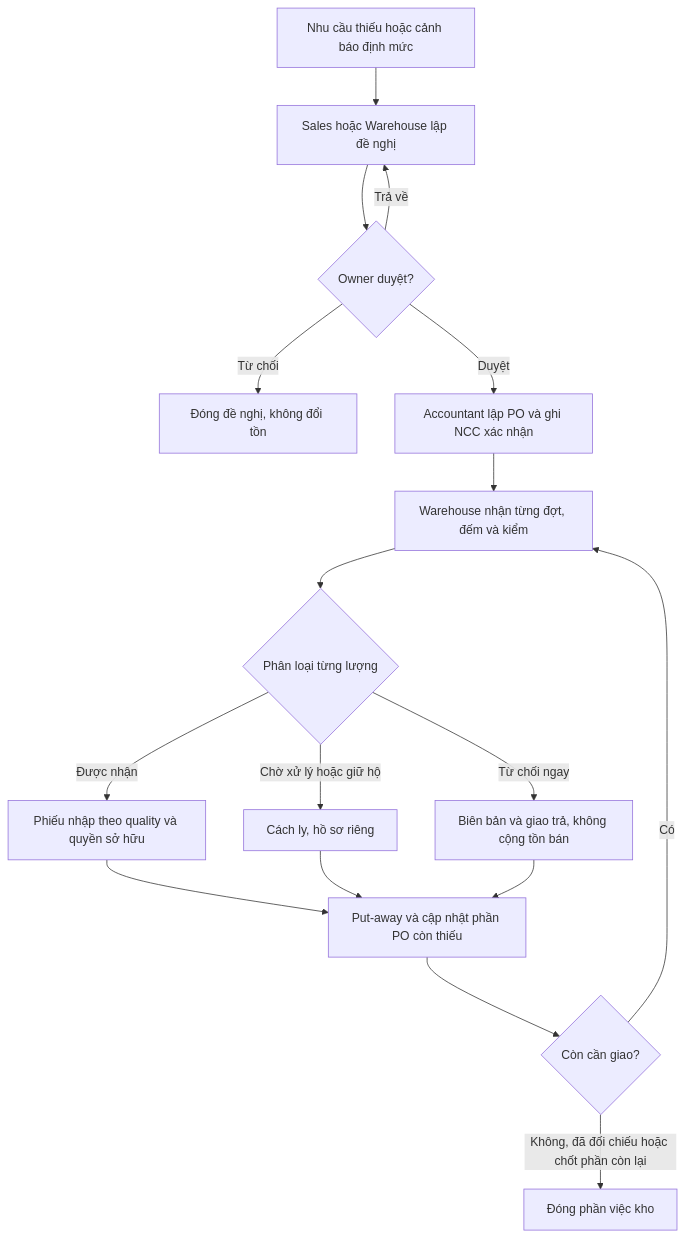
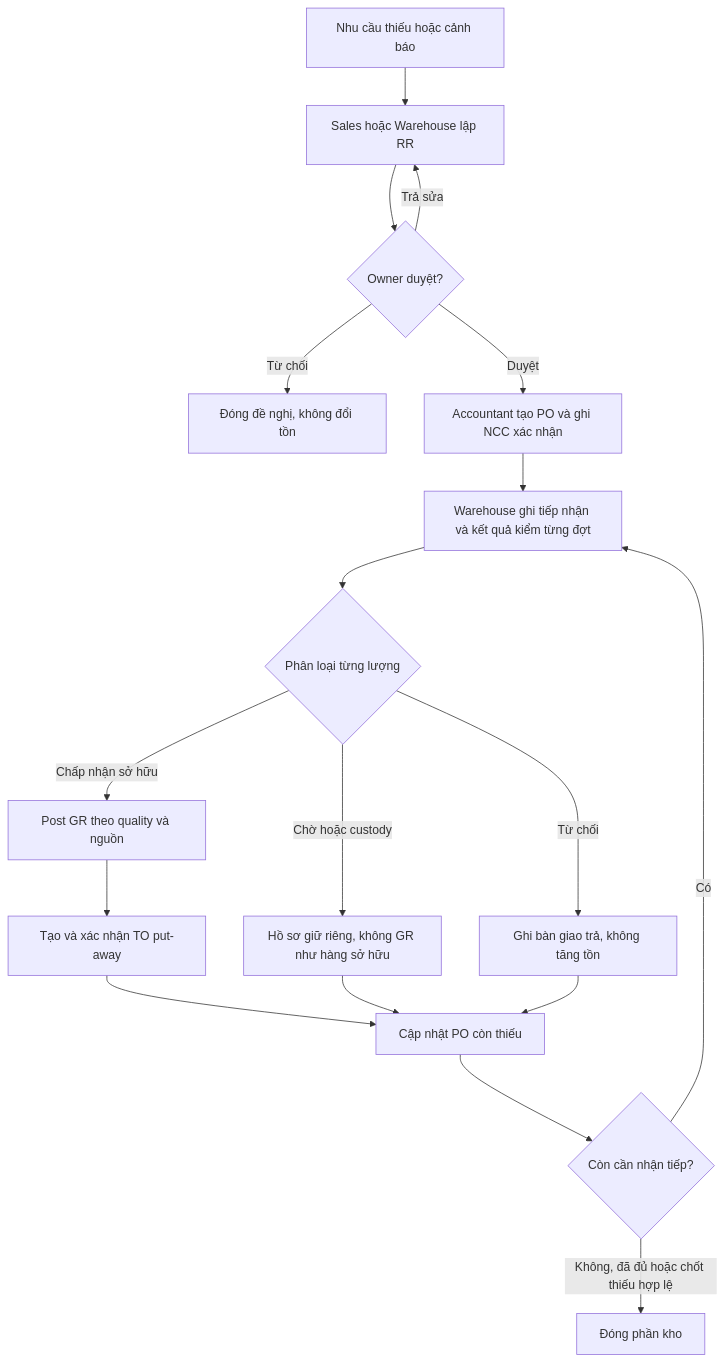
Before and after one commit to minhbach032003/docs_doan: the second of 9 diagrams in docs/02_nghiep_vu/de_xuat_quy_trinh_2_VI.md, drawn with Mermaid. The commit also changed other lines of this file and 3 other files, not shown here.

````diff
--- a/docs/02_nghiep_vu/de_xuat_quy_trinh_2_VI.md
+++ b/docs/02_nghiep_vu/de_xuat_quy_trinh_2_VI.md
@@ -657,19 +667,20 @@
 ```mermaid
 flowchart TD
- A[Nhu cầu thiếu hoặc cảnh báo định mức] --> B[Sales hoặc Warehouse lập đề nghị]
+ A[Nhu cầu thiếu hoặc cảnh báo] --> B[Sales hoặc Warehouse lập RR]
  B --> C{Owner duyệt?}
- C -->|Trả về| B
+ C -->|Trả sửa| B
  C -->|Từ chối| Z[Đóng đề nghị, không đổi tồn]
- C -->|Duyệt| D[Accountant lập PO và ghi NCC xác nhận]
- D --> E[Warehouse nhận từng đợt, đếm và kiểm]
+ C -->|Duyệt| D[Accountant tạo PO và ghi NCC xác nhận]
+ D --> E[Warehouse ghi tiếp nhận và kết quả kiểm từng đợt]
  E --> F{Phân loại từng lượng}
- F -->|Được nhận| G[Phiếu nhập theo quality và quyền sở hữu]
- F -->|Chờ xử lý hoặc giữ hộ| H[Cách ly, hồ sơ riêng]
- F -->|Từ chối ngay| I[Biên bản và giao trả, không cộng tồn bán]
- G --> J[Put-away và cập nhật phần PO còn thiếu]
+ F -->|Chấp nhận sở hữu| G[Post GR theo quality và nguồn]
+ F -->|Chờ hoặc custody| H[Hồ sơ giữ riêng, không GR như hàng sở hữu]
+ F -->|Từ chối| I[Ghi bàn giao trả, không tăng tồn]
+ G --> T[Tạo và xác nhận TO put-away]
+ T --> J[Cập nhật PO còn thiếu]
  H --> J
  I --> J
- J --> K{Còn cần giao?}
+ J --> K{Còn cần nhận tiếp?}
  K -->|Có| E
- K -->|Không, đã đối chiếu hoặc chốt phần còn lại| L[Đóng phần việc kho]
+ K -->|Không, đã đủ hoặc chốt thiếu hợp lệ| L[Đóng phần kho]
 ```
````
